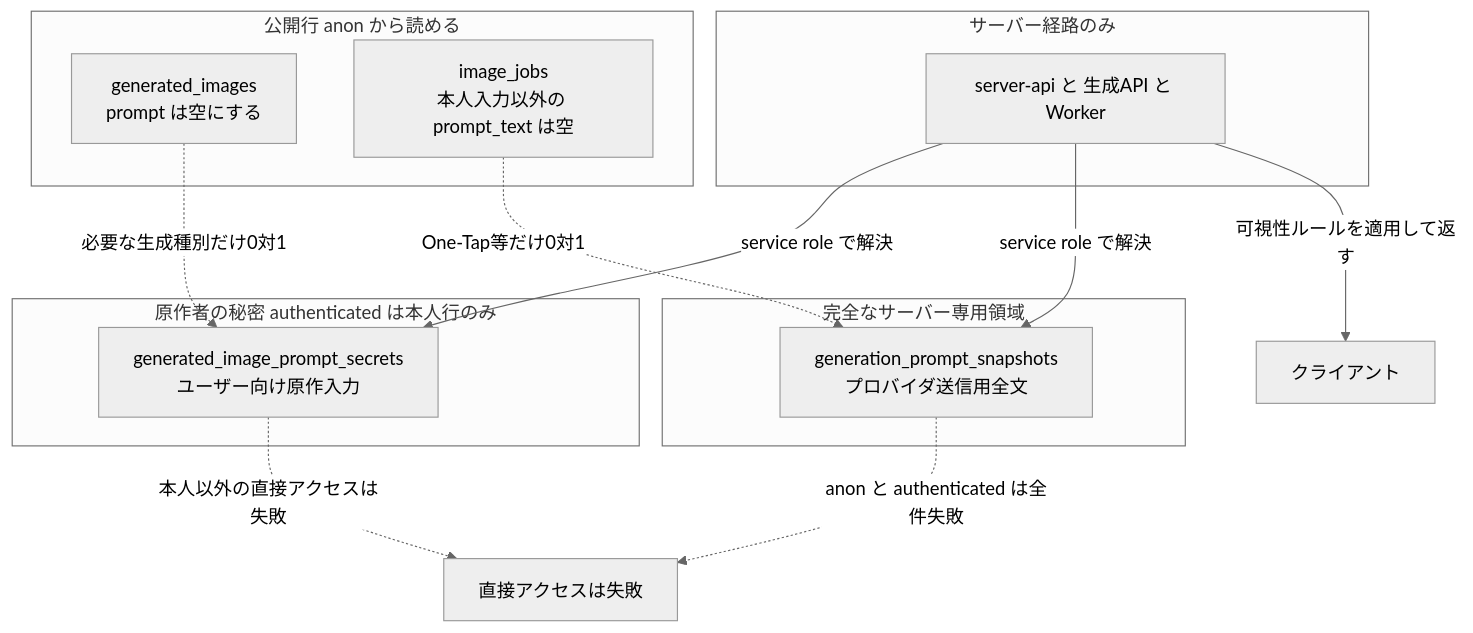
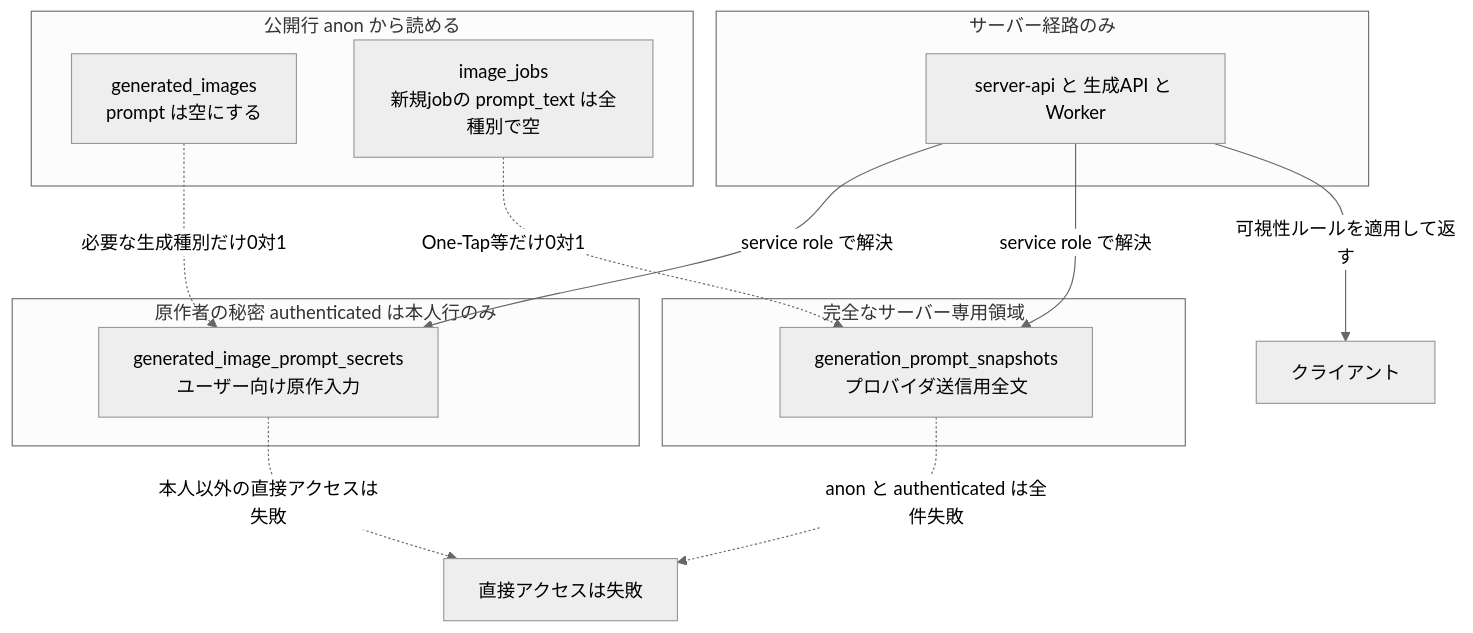
One commit to 3balljugglerYu/ai_coordinate changed the first of 6 diagrams in docs/planning/free-prompt-private-mode-implementation-plan.md. Above: the diagram before and after it, drawn with Mermaid (neutral theme). The commit also changed other lines of this file, not shown here.

Commit message:
docs(plan): resolve private prompt rereview findings

````diff
--- a/docs/planning/free-prompt-private-mode-implementation-plan.md
+++ b/docs/planning/free-prompt-private-mode-implementation-plan.md
@@ -155,23 +179,23 @@
 ```mermaid
 flowchart TB
     subgraph public["公開行 anon から読める"]
         GI["generated_images<br/>prompt は空にする"]
-        J["image_jobs<br/>本人入力以外の prompt_text は空"]
+        J["image_jobs<br/>新規jobの prompt_text は全種別で空"]
     end
     subgraph authorsecret["原作者の秘密 authenticated は本人行のみ"]
         PS["generated_image_prompt_secrets<br/>ユーザー向け原作入力"]
     end
     subgraph servicesec["完全なサーバー専用領域"]
         GS["generation_prompt_snapshots<br/>プロバイダ送信用全文"]
     end
     subgraph server["サーバー経路のみ"]
         API["server-api と 生成API と Worker"]
     end
     GI -.->|"必要な生成種別だけ0対1"| PS
     J -.->|"One-Tap等だけ0対1"| GS
     API -->|"service role で解決"| PS
     API -->|"service role で解決"| GS
     API -->|"可視性ルールを適用して返す"| U["クライアント"]
     PS -.->|"本人以外の直接アクセスは失敗"| X["直接アクセスは失敗"]
     GS -.->|"anon と authenticated は全件失敗"| X
 ```
````
